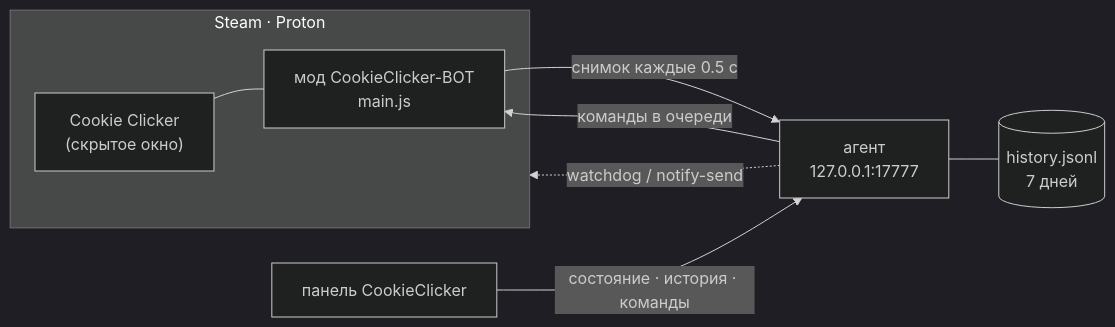
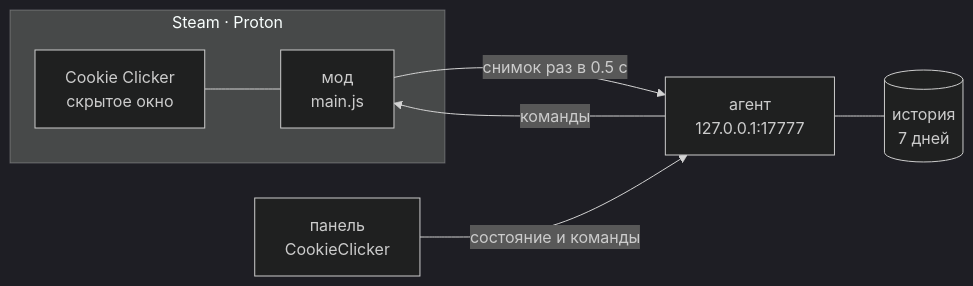
The diagram in README.md (d1sold/CookieClicker-BOT), drawn with Mermaid (dark theme) before and after one commit. The commit also changed other lines of this file and 1 other file, not shown here.

````diff
--- a/README.md
+++ b/README.md
@@ -92,11 +58,10 @@
 ```mermaid
 flowchart LR
     subgraph Steam["Steam · Proton"]
-        G["Cookie Clicker<br/>(скрытое окно)"] --- M["мод CookieClicker-BOT<br/>main.js"]
+        G["Cookie Clicker<br/>скрытое окно"] --- M["мод<br/>main.js"]
     end
-    M -- "снимок каждые 0.5 с" --> A["агент<br/>127.0.0.1:17777"]
-    A -- "команды в очереди" --> M
-    A --- D[("history.jsonl<br/>7 дней")]
-    P["панель CookieClicker"] -- "состояние · история · команды" --> A
-    A -. "watchdog / notify-send" .-> Steam
+    M -- "снимок раз в 0.5 с" --> A["агент<br/>127.0.0.1:17777"]
+    A -- "команды" --> M
+    A --- D[("история<br/>7 дней")]
+    P["панель<br/>CookieClicker"] -- "состояние и команды" --> A
 ```
````
